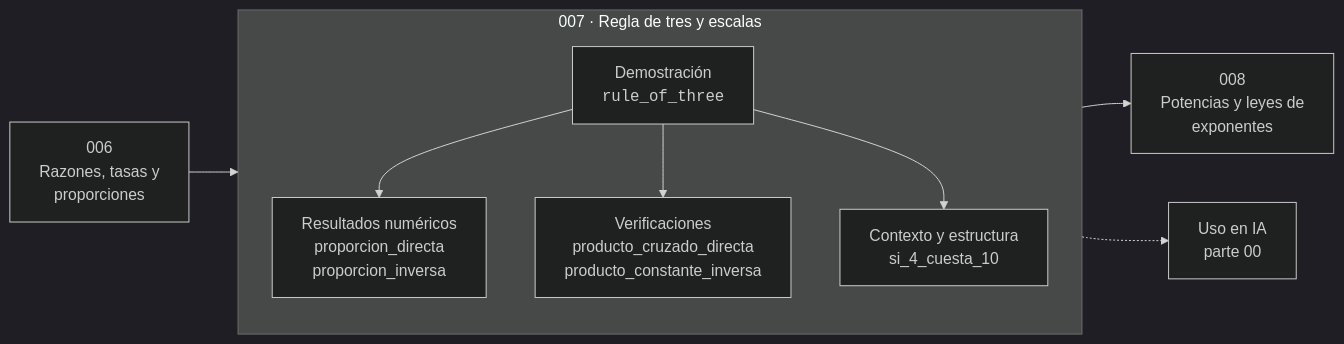
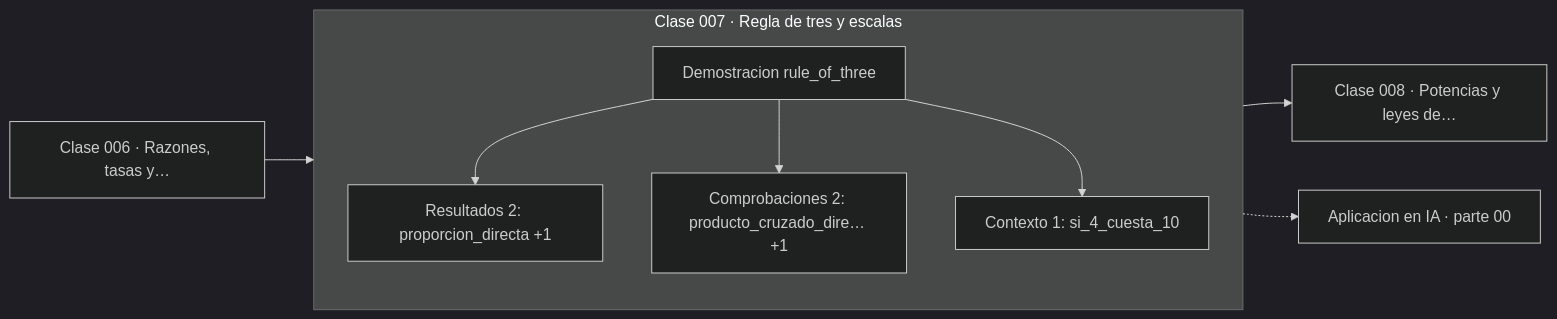
Before and after one commit to vladimiracunadev-create/computational-mathematics-program: the diagram in classes/part-00-pensamiento-matematico-desde-cero/007-regla-de-tres-y-escalas/README.md, drawn with Mermaid (dark theme). The commit also changed 389 other files, not shown here.

First line of the commit message:
fix(diagramas): elimina el HTML de las etiquetas Mermaid

````diff
--- a/classes/part-00-pensamiento-matematico-desde-cero/007-regla-de-tres-y-escalas/README.md
+++ b/classes/part-00-pensamiento-matematico-desde-cero/007-regla-de-tres-y-escalas/README.md
@@ -36,12 +36,13 @@
 ```mermaid
 flowchart LR
-    P["006<br/>Razones, tasas y<br/>proporciones"] --> C
-    subgraph C["007 · Regla de tres y escalas"]
+    P["Clase 006 · Razones, tasas y…"] --> D
+    subgraph CLASE["Clase 007 · Regla de tres y escalas"]
         direction TB
-        D["Demostración<br/><code>rule_of_three</code>"] --> R["Resultados numéricos<br/>proporcion_directa<br/>proporcion_inversa"]
-        D --> V["Verificaciones<br/>producto_cruzado_directa<br/>producto_constante_inversa"]
-        D --> O["Contexto y estructura<br/>si_4_cuesta_10"]
+        D["Demostracion rule_of_three"]
+        D --> R["Resultados 2: proporcion_directa +1"]
+        D --> V["Comprobaciones 2: producto_cruzado_dire… +1"]
+        D --> O["Contexto 1: si_4_cuesta_10"]
     end
-    C --> N["008<br/>Potencias y leyes de<br/>exponentes"]
-    C -.-> IA["Uso en IA<br/>parte 00"]
+    R --> N["Clase 008 · Potencias y leyes de…"]
+    V -.-> IA["Aplicacion en IA · parte 00"]
 ```
````
